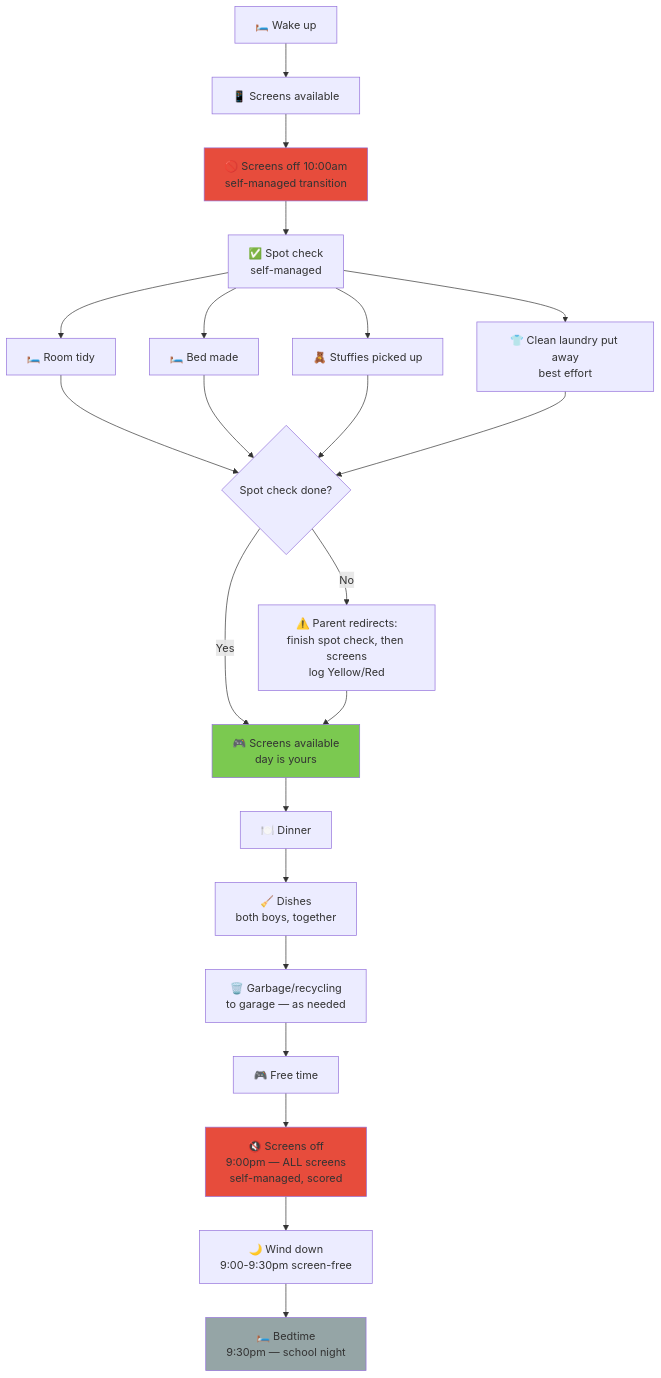
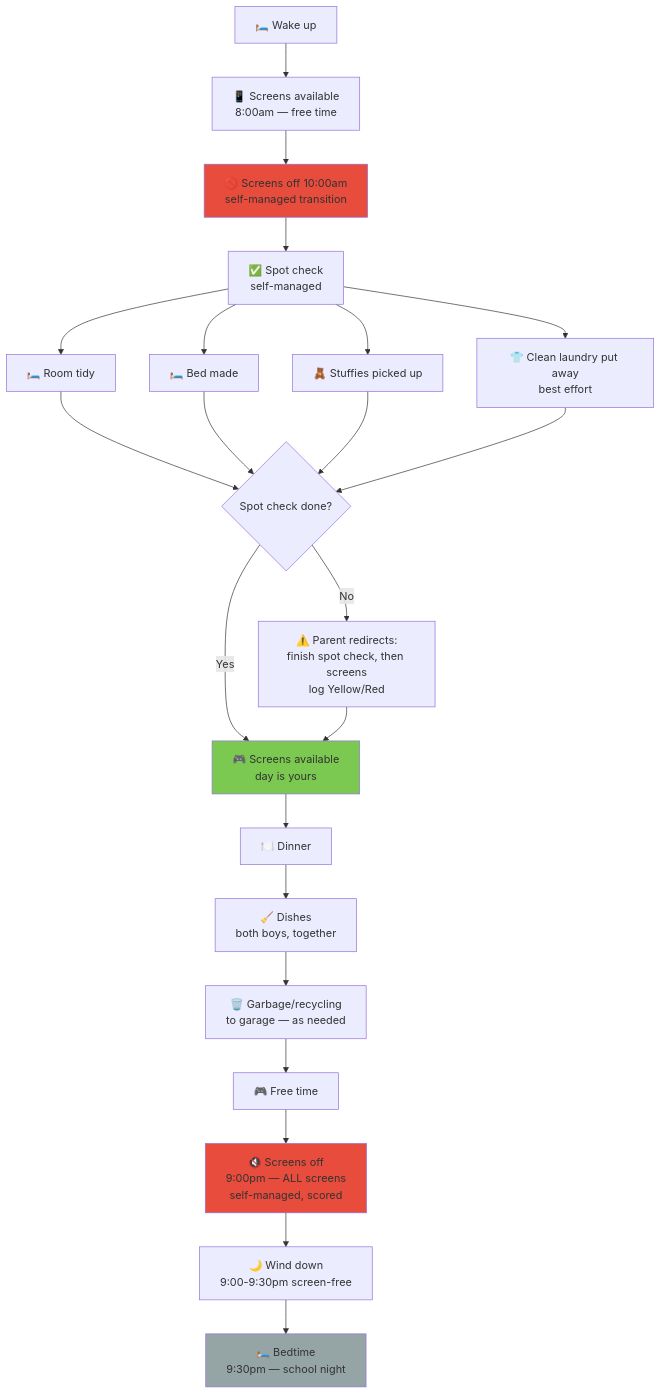
The second of 2 diagrams in day-types/03-sunday.md (ajass/technology-reset), drawn with Mermaid before and after one commit. The commit also changed other lines of this file and 6 other files, not shown here.

First line of the commit message:
Weekend mornings: screens 8am-10am free time, then 10am parent collects iPads

````diff
--- a/day-types/03-sunday.md
+++ b/day-types/03-sunday.md
@@ -54,29 +55,29 @@
 ```mermaid
 flowchart TD
-    A["🛏️ Wake up"] --> B["📱 Screens available"]
+    A["🛏️ Wake up"] --> B["📱 Screens available<br/>8:00am — free time"]
     B --> C["🚫 Screens off 10:00am<br/>self-managed transition"]
     C --> D["✅ Spot check<br/>self-managed"]
     D --> D1["🛏️ Room tidy"]
     D --> D2["🛏️ Bed made"]
     D --> D3["🧸 Stuffies picked up"]
     D --> D4["👕 Clean laundry put away<br/>best effort"]
     D1 --> E{"Spot check done?"}
     D2 --> E
     D3 --> E
     D4 --> E
     E -->|Yes| F["🎮 Screens available<br/>day is yours"]
     E -->|No| G["⚠️ Parent redirects:<br/>finish spot check, then screens<br/>log Yellow/Red"]
     G --> F
     F --> H["🍽️ Dinner"]
     H --> J["🧹 Dishes<br/>both boys, together"]
     J --> K["🗑️ Garbage/recycling<br/>to garage — as needed"]
     K --> L["🎮 Free time"]
     L --> M["🔇 Screens off<br/>9:00pm — ALL screens<br/>self-managed, scored"]
     M --> N["🌙 Wind down<br/>9:00-9:30pm screen-free"]
     N --> O["🛏️ Bedtime<br/>9:30pm — school night"]
 
     style C fill:#e74c3c
     style F fill:#7bc950
     style M fill:#e74c3c
     style O fill:#95a5a6
 ```
````
